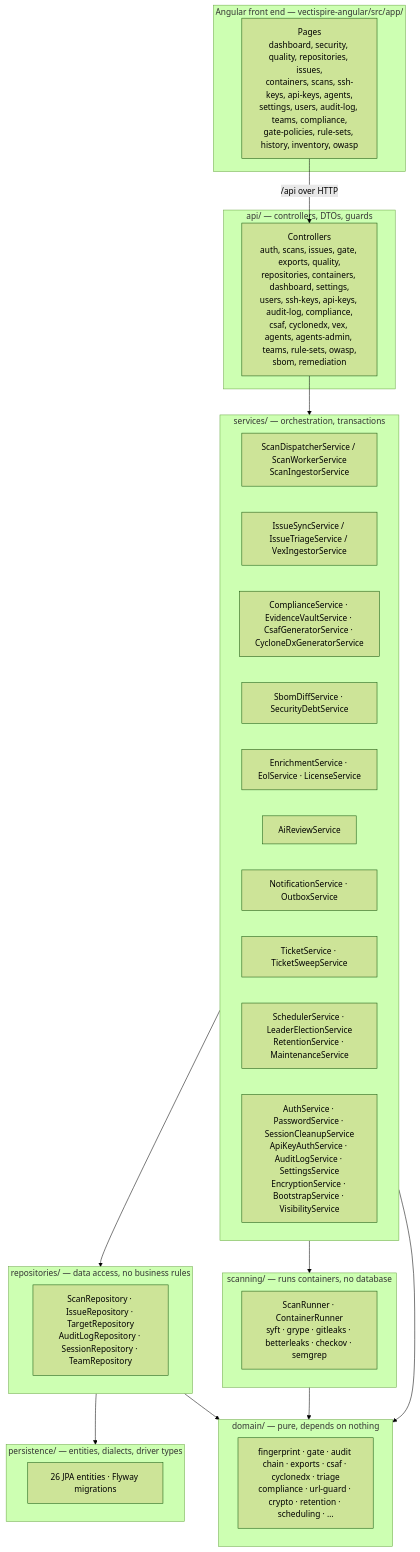
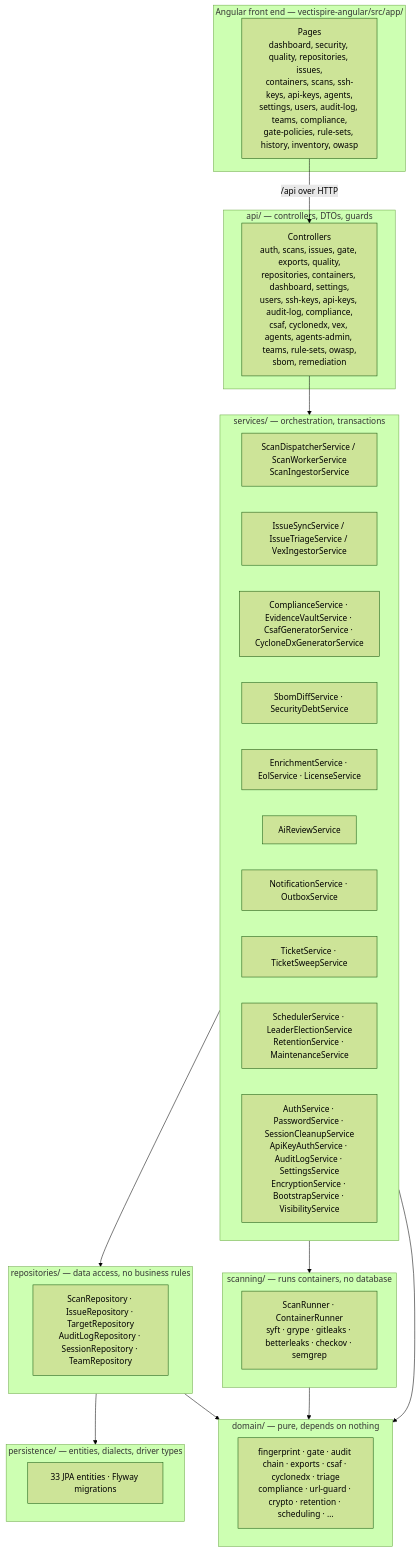
The first of 3 diagrams in docs/en/TECHNICAL_DOCUMENTATION.md (asmolabs/vectispire), drawn with Mermaid (forest theme) before and after one commit. The commit also changed 4 other files, not shown here.

````diff
--- a/docs/en/TECHNICAL_DOCUMENTATION.md
+++ b/docs/en/TECHNICAL_DOCUMENTATION.md
@@ -24,48 +24,48 @@
 ```mermaid
 flowchart TB
     subgraph front["Angular front end — vectispire-angular/src/app/"]
         Pages["Pages<br/>dashboard, security, quality, repositories, issues,<br/>containers, scans, ssh-keys, api-keys, agents,<br/>settings, users, audit-log, teams, compliance,<br/>gate-policies, rule-sets, history, inventory, owasp"]
     end
 
     subgraph api["api/ — controllers, DTOs, guards"]
         Routes["Controllers<br/>auth, scans, issues, gate, exports, quality,<br/>repositories, containers, dashboard, settings,<br/>users, ssh-keys, api-keys, audit-log, compliance,<br/>csaf, cyclonedx, vex, agents, agents-admin, teams, rule-sets, owasp,<br/>sbom, remediation"]
     end
 
     subgraph services["services/ — orchestration, transactions"]
         Scan["ScanDispatcherService / ScanWorkerService<br/>ScanIngestorService"]
         Issue["IssueSyncService / IssueTriageService / VexIngestorService"]
         Comp["ComplianceService · EvidenceVaultService · CsafGeneratorService · CycloneDxGeneratorService"]
         Remed["SbomDiffService · SecurityDebtService"]
         Enrich["EnrichmentService · EolService · LicenseService"]
         Ai["AiReviewService"]
         Notify["NotificationService · OutboxService"]
         Ticket["TicketService · TicketSweepService"]
         Ops["SchedulerService · LeaderElectionService<br/>RetentionService · MaintenanceService"]
         Auth["AuthService · PasswordService · SessionCleanupService<br/>ApiKeyAuthService · AuditLogService · SettingsService<br/>EncryptionService · BootstrapService · VisibilityService"]
     end
 
     subgraph repos["repositories/ — data access, no business rules"]
         R["ScanRepository · IssueRepository · TargetRepository<br/>AuditLogRepository · SessionRepository · TeamRepository"]
     end
 
     subgraph persistence["persistence/ — entities, dialects, driver types"]
-        Ent["26 JPA entities · Flyway migrations"]
+        Ent["33 JPA entities · Flyway migrations"]
     end
 
     subgraph domain["domain/ — pure, depends on nothing"]
         D["fingerprint · gate · audit chain · exports · csaf · cyclonedx · triage<br/>compliance · url-guard · crypto · retention · scheduling · …"]
     end
 
     subgraph scanning["scanning/ — runs containers, no database"]
         S["ScanRunner · ContainerRunner<br/>syft · grype · gitleaks · betterleaks · checkov · semgrep"]
     end
 
     Pages -->|"/api over HTTP"| Routes
     Routes --> services
     services --> repos
     repos --> persistence
     services --> scanning
     services --> domain
     repos --> domain
     scanning --> domain
 ```
````
